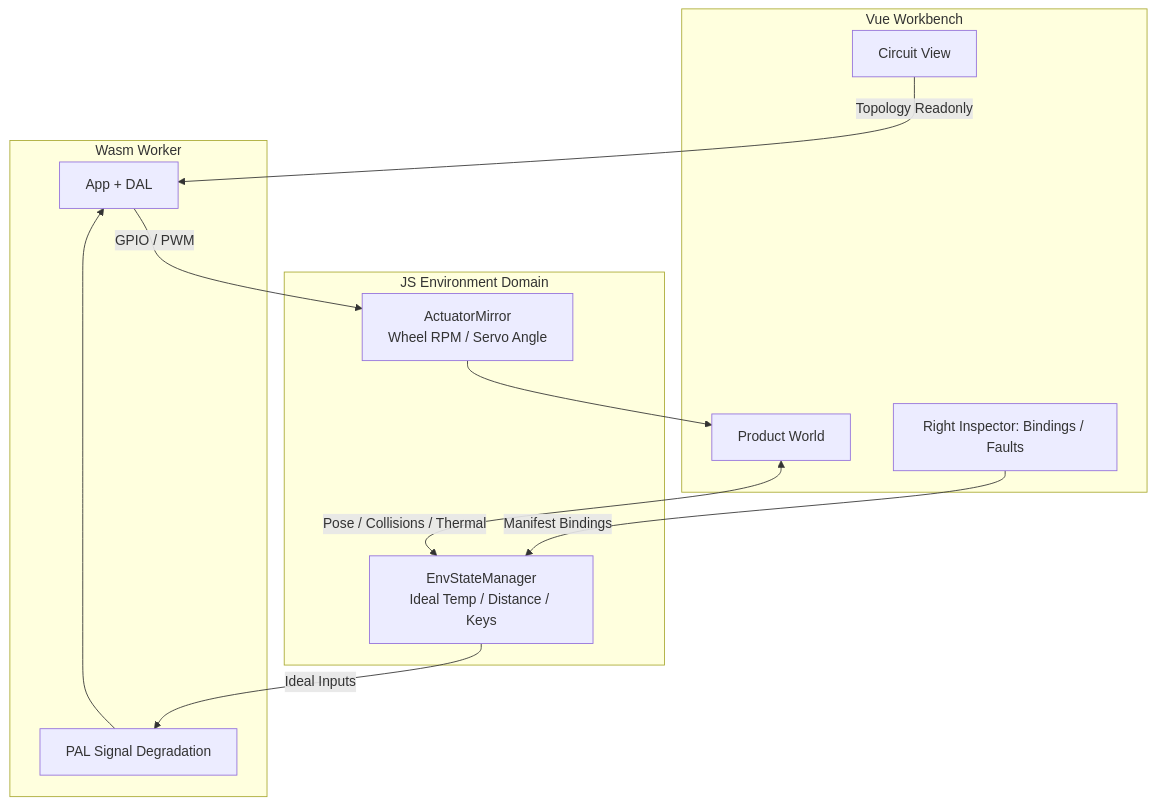
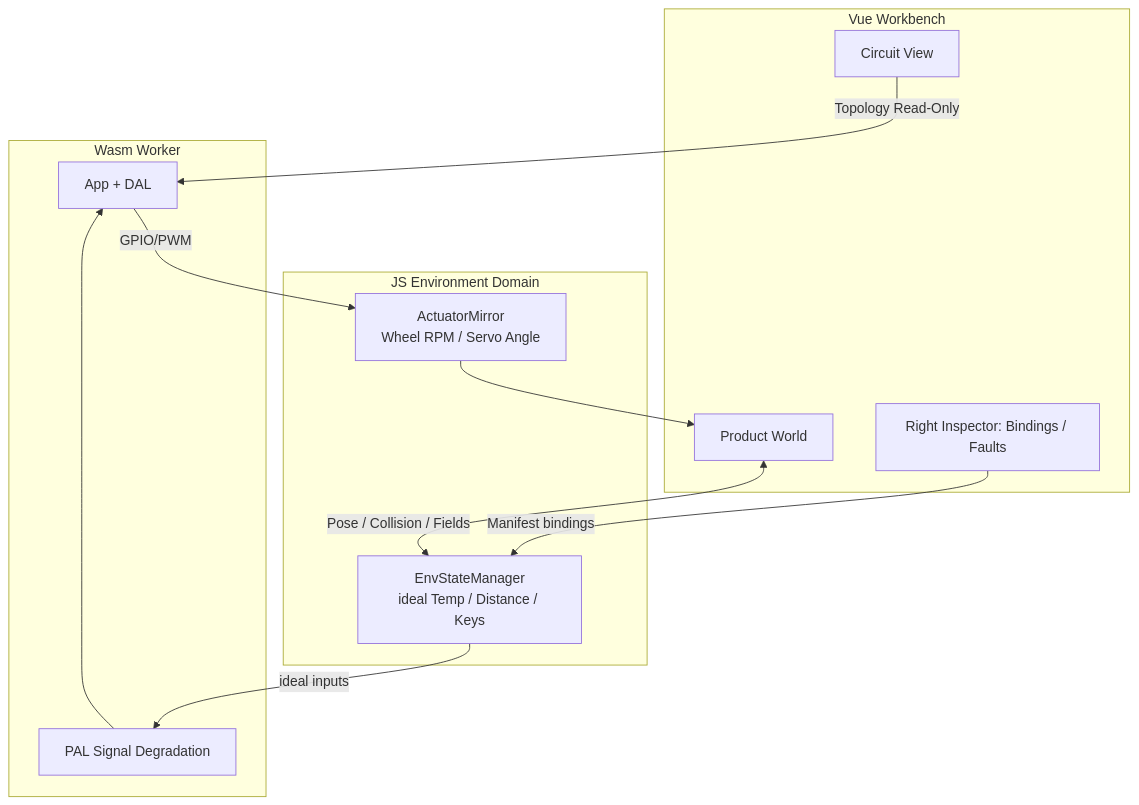
One commit to ailuhaosi/wink-ai-embedded changed the diagram in docs/en/design/05-frontend-workbench/02-dual-viewport-product-world-layout.md. Above: the diagram before and after it, drawn with Mermaid. The commit also changed other lines of this file and 33 other files, not shown here.

Commit message:
docs: establish UniSim design specifications and frontend workbench architectural documentation.

````diff
--- a/docs/en/design/05-frontend-workbench/02-dual-viewport-product-world-layout.md
+++ b/docs/en/design/05-frontend-workbench/02-dual-viewport-product-world-layout.md
@@ -140,26 +361,26 @@
 ```mermaid
 flowchart TB
     subgraph UI["Vue Workbench"]
         CV["Circuit View"]
         PW["Product World"]
         INS["Right Inspector: Bindings / Faults"]
     end
 
     subgraph JSEnv["JS Environment Domain"]
-        ES["EnvStateManager<br/>Ideal Temp / Distance / Keys"]
+        ES["EnvStateManager<br/>ideal Temp / Distance / Keys"]
         AM["ActuatorMirror<br/>Wheel RPM / Servo Angle"]
     end
 
     subgraph Worker["Wasm Worker"]
         PAL["PAL Signal Degradation"]
         APP["App + DAL"]
     end
 
-    INS -->|"Manifest Bindings"| ES
-    PW <-->|"Pose / Collisions / Thermal"| ES
-    CV -->|"Topology Readonly"| APP
-    ES -->|"Ideal Inputs"| PAL
-    APP -->|"GPIO / PWM"| AM
+    INS -->|"Manifest bindings"| ES
+    PW <-->|"Pose / Collision / Fields"| ES
+    CV -->|"Topology Read-Only"| APP
+    ES -->|"ideal inputs"| PAL
+    APP -->|"GPIO/PWM"| AM
     AM --> PW
     PAL --> APP
 ```
````
